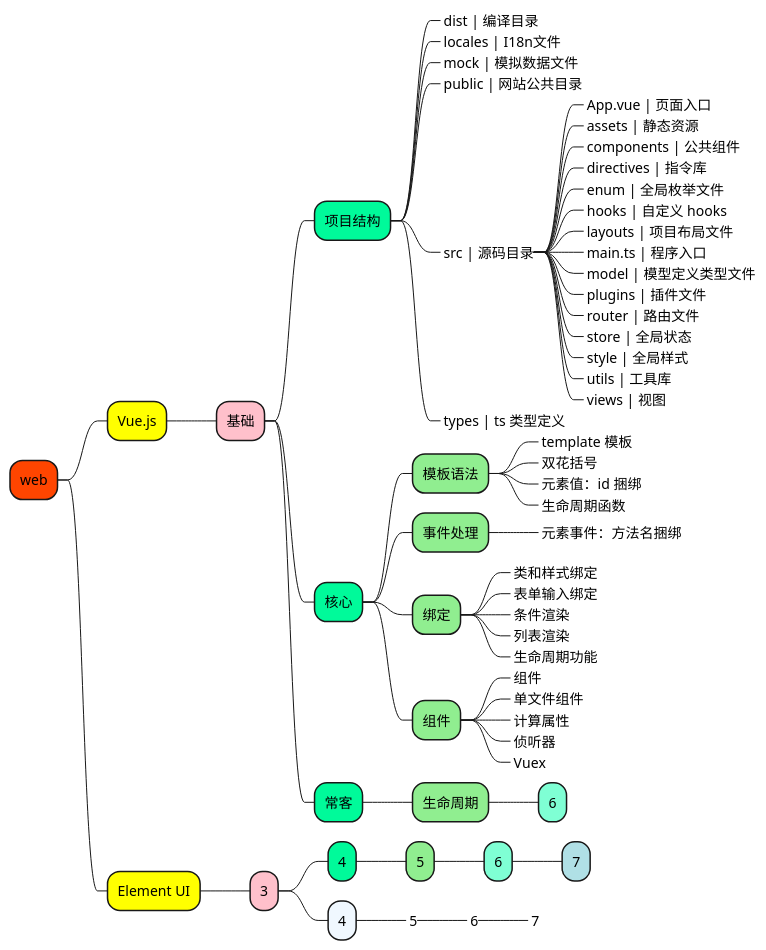
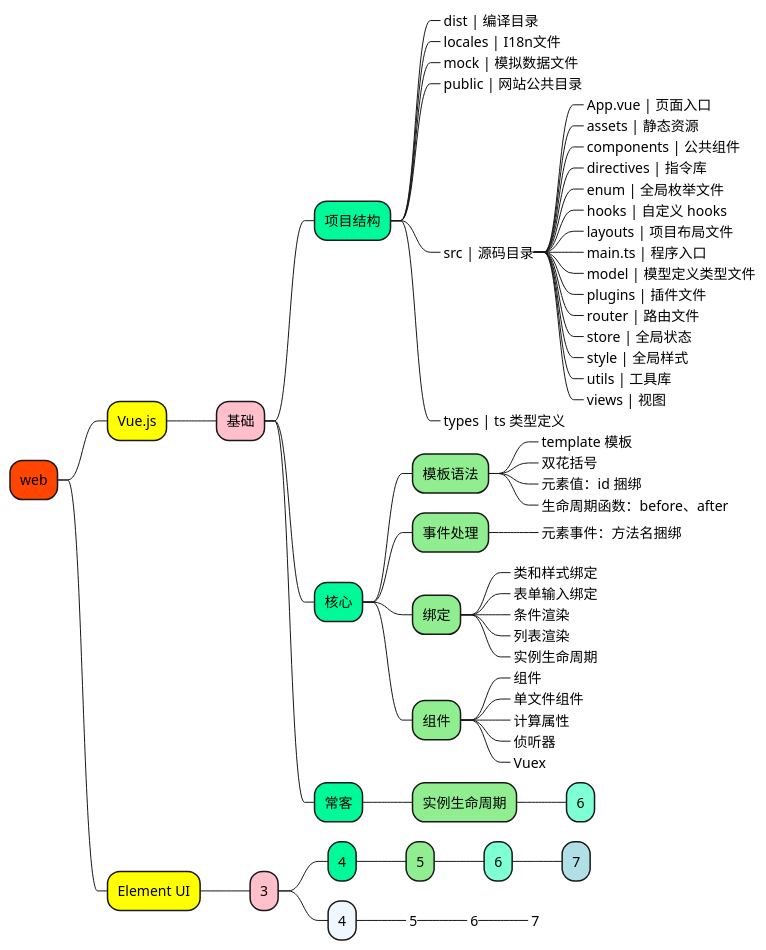
The diagram in 1_map/web/Vue.puml (doveg/self-cultivation-of-a-software-engineer), drawn with PlantUML before and after one commit.

Commit message:
update 1_map

```diff
--- a/1_map/web/Vue.puml
+++ b/1_map/web/Vue.puml
@@ -1,83 +1,83 @@
 @startmindmap
 
 +[#OrangeRed] web
 
 ++[#yellow] Vue.js
 
 +++[#Pink] 基础
 
 ++++[#MediumSpringGreen] 项目结构
 +++++[#LightGreen]_ dist | 编译目录
 +++++[#LightGreen]_ locales | I18n文件
 +++++[#LightGreen]_ mock | 模拟数据文件
 +++++[#LightGreen]_ public | 网站公共目录
 +++++[#LightGreen]_ src | 源码目录
 ++++++[#Aquamarine]_ App.vue | 页面入口
 ++++++[#Aquamarine]_ assets | 静态资源
 ++++++[#Aquamarine]_ components | 公共组件
 ++++++[#Aquamarine]_ directives | 指令库
 ++++++[#Aquamarine]_ enum | 全局枚举文件
 ++++++[#Aquamarine]_ hooks | 自定义 hooks
 ++++++[#Aquamarine]_ layouts | 项目布局文件
 ++++++[#Aquamarine]_ main.ts | 程序入口
 ++++++[#Aquamarine]_ model | 模型定义类型文件
 ++++++[#Aquamarine]_ plugins | 插件文件
 ++++++[#Aquamarine]_ router | 路由文件
 ++++++[#Aquamarine]_ store | 全局状态
 ++++++[#Aquamarine]_ style | 全局样式
 ++++++[#Aquamarine]_ utils | 工具库
 ++++++[#Aquamarine]_ views | 视图
 +++++[#LightGreen]_ types | ts 类型定义
 
 
 ++++[#MediumSpringGreen] 核心
 
 +++++[#LightGreen] 模板语法
 ++++++[#Aquamarine]_ template 模板
 ++++++[#Aquamarine]_ 双花括号
 ++++++[#Aquamarine]_ 元素值：id 捆绑
-++++++[#Aquamarine]_ 生命周期函数
+++++++[#Aquamarine]_ 生命周期函数：before、after
 
 +++++[#LightGreen] 事件处理
 ++++++[#Aquamarine]_ 元素事件：方法名捆绑
 
 +++++[#LightGreen] 绑定
 ++++++[#Aquamarine]_ 类和样式绑定
 ++++++[#Aquamarine]_ 表单输入绑定
 ++++++[#Aquamarine]_ 条件渲染
 ++++++[#Aquamarine]_ 列表渲染
-++++++[#Aquamarine]_ 生命周期功能
+++++++[#Aquamarine]_ 实例生命周期
 
 +++++[#LightGreen] 组件
 ++++++[#Aquamarine]_ 组件
 ++++++[#Aquamarine]_ 单文件组件
 ++++++[#Aquamarine]_ 计算属性
 ++++++[#Aquamarine]_ 侦听器
 ++++++[#Aquamarine]_ Vuex
 
 
 
 
 
 ++++[#MediumSpringGreen] 常客
 
-+++++[#LightGreen] 生命周期
++++++[#LightGreen] 实例生命周期
 ++++++[#Aquamarine] 6
 
 ++[#yellow] Element UI
 
 +++[#Pink] 3
 
 ++++[#MediumSpringGreen] 4
 
 +++++[#LightGreen] 5
 ++++++[#Aquamarine] 6
 +++++++[#PowderBlue] 7
 
 ++++[#AliceBlue] 4
 +++++[#GhostWhite]_ 5
 ++++++[#PowderBlue]_ 6
 +++++++[#PowderBlue]_ 7
 
 
 @endmindmap
```
